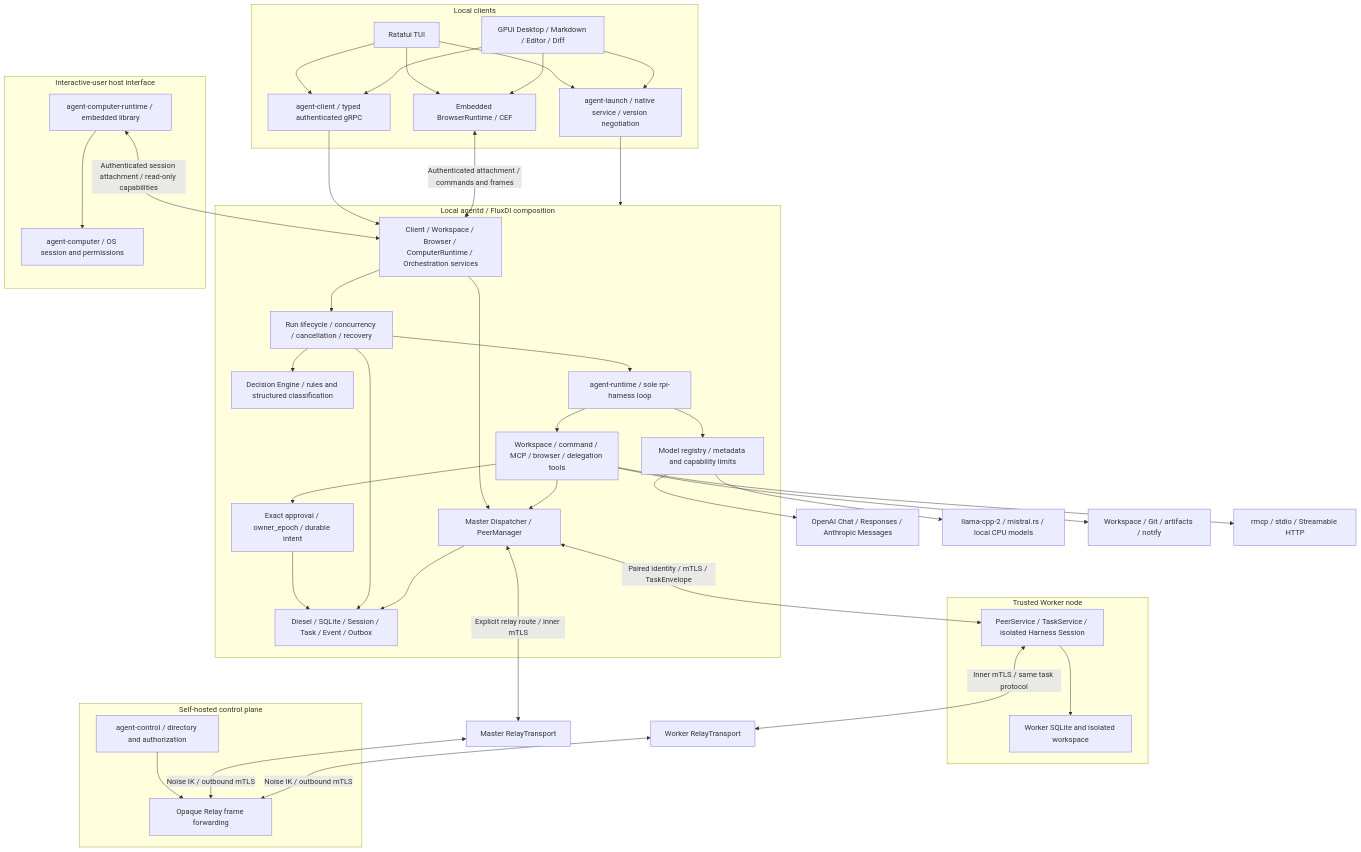
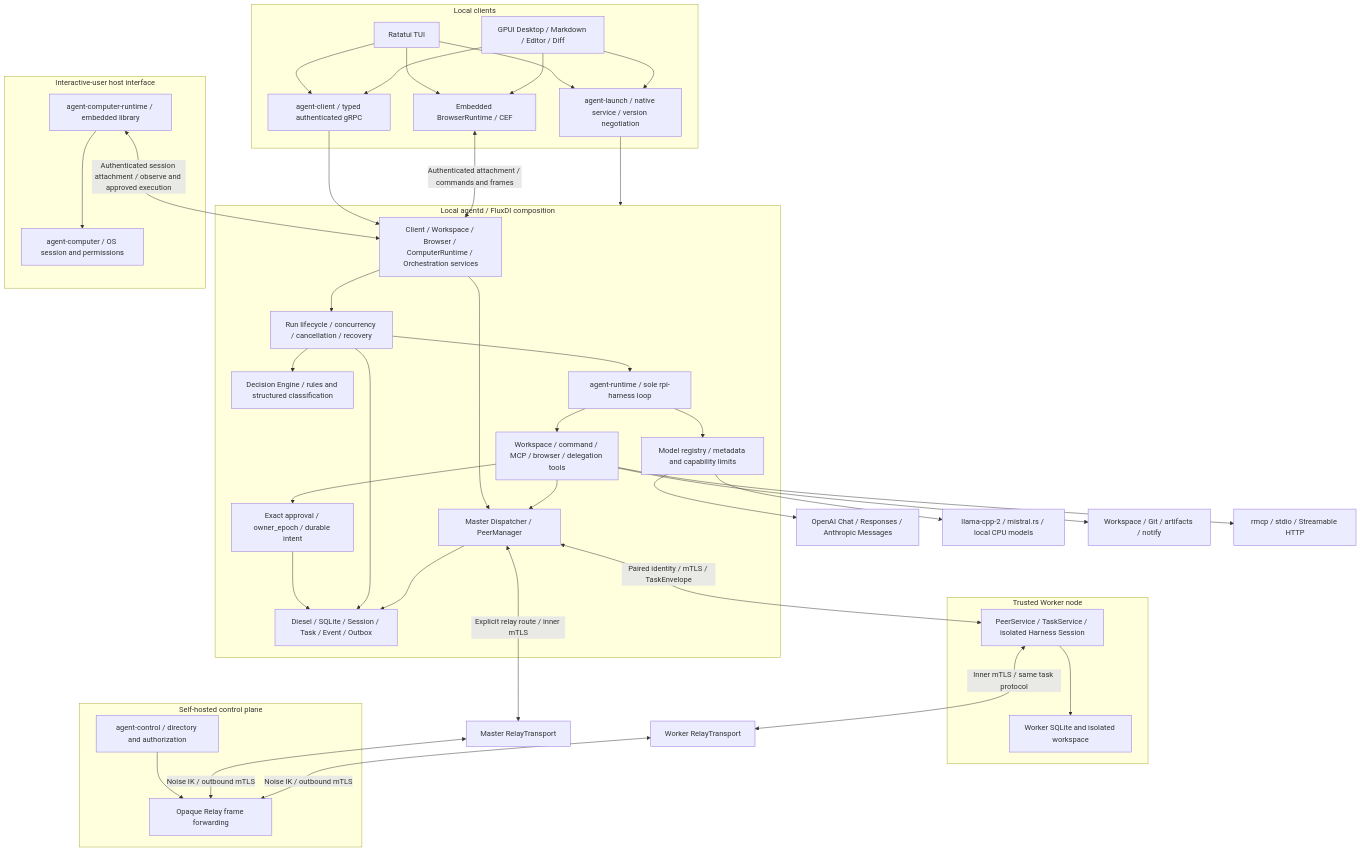
The first of 4 diagrams in docs/en/src/architecture.md (lyonbrown4d/lyonbrown), drawn with Mermaid before and after one commit. The commit also changed other lines of this file and 34 other files, not shown here.

````diff
--- a/docs/en/src/architecture.md
+++ b/docs/en/src/architecture.md
@@ -7,68 +7,68 @@
 ```mermaid
 flowchart TB
     subgraph Clients[Local clients]
         CLI[Ratatui TUI]
         Desktop[GPUI Desktop / Markdown / Editor / Diff]
         Launcher[agent-launch / native service / version negotiation]
         Client[agent-client / typed authenticated gRPC]
         CLI --> Launcher
         Desktop --> Launcher
         CLI --> Client
         Desktop --> Client
         Browser[Embedded BrowserRuntime / CEF]
         CLI --> Browser
         Desktop --> Browser
     end
     subgraph Agentd[Local agentd / FluxDI composition]
         API[Client / Workspace / Browser / ComputerRuntime / Orchestration services]
         Decision[Decision Engine / rules and structured classification]
         Run[Run lifecycle / concurrency / cancellation / recovery]
         Harness[agent-runtime / sole rpi-harness loop]
         Model[Model registry / metadata and capability limits]
         Tools[Workspace / command / MCP / browser / delegation tools]
         Approval[Exact approval / owner_epoch / durable intent]
         Store[Diesel / SQLite / Session / Task / Event / Outbox]
         Dispatcher[Master Dispatcher / PeerManager]
         API --> Run
         API --> Dispatcher
         Run --> Decision
         Run --> Harness
         Harness --> Model
         Harness --> Tools
         Tools --> Approval
         Tools --> Dispatcher
         Approval --> Store
         Run --> Store
         Dispatcher --> Store
     end
     Client --> API
     Launcher --> Agentd
     Browser <-->|Authenticated attachment / commands and frames| API
     subgraph NativeHost[Interactive-user host interface]
         Computer[agent-computer-runtime / embedded library]
         OS[agent-computer / OS session and permissions]
         Computer --> OS
     end
-    Computer <-->|Authenticated session attachment / read-only capabilities| API
+    Computer <-->|Authenticated session attachment / observe and approved execution| API
     Model --> Remote[OpenAI Chat / Responses / Anthropic Messages]
     Model --> Native[llama-cpp-2 / mistral.rs / local CPU models]
     Tools --> Workspace[Workspace / Git / artifacts / notify]
     Tools --> MCP[rmcp / stdio / Streamable HTTP]
     subgraph PeerNode[Trusted Worker node]
         Worker[PeerService / TaskService / isolated Harness Session]
         WorkerStore[Worker SQLite and isolated workspace]
         Worker --> WorkerStore
     end
     Dispatcher <-->|Paired identity / mTLS / TaskEnvelope| Worker
     subgraph WAN[Self-hosted control plane]
         Control[agent-control / directory and authorization]
         Relay[Opaque Relay frame forwarding]
         Control --> Relay
     end
     MasterRelay[Master RelayTransport]
     WorkerRelay[Worker RelayTransport]
     Dispatcher <-->|Explicit relay route / inner mTLS| MasterRelay
     Worker <-->|Inner mTLS / same task protocol| WorkerRelay
     MasterRelay <-->|Noise IK / outbound mTLS| Relay
     WorkerRelay <-->|Noise IK / outbound mTLS| Relay
 ```
````
